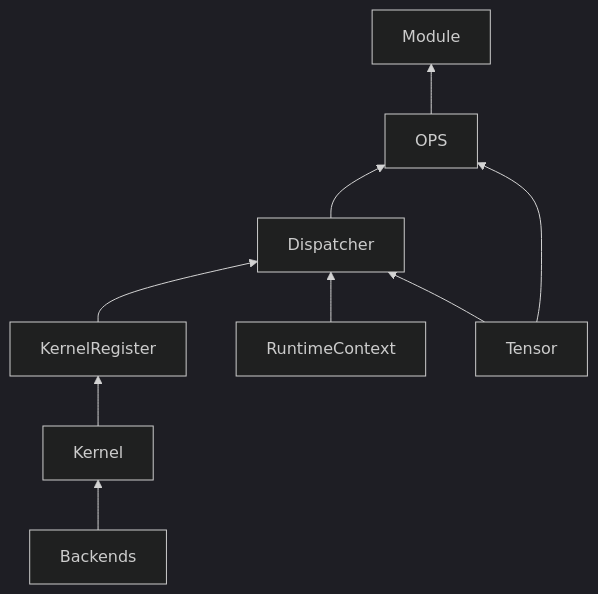
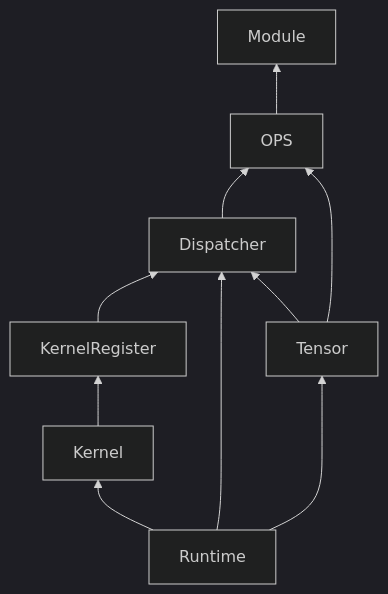
One commit to ishidatakumi/orteaf changed the second of 3 diagrams in docs/developer/design.md. Above: the diagram before and after it, drawn with Mermaid (dark theme). The commit also changed other lines of this file, not shown here.

````diff
--- a/docs/developer/design.md
+++ b/docs/developer/design.md
@@ -86,14 +79,15 @@
 ```mermaid
 graph BT
 
-    Backends --> Kernel
+    Runtime --> Kernel
     Kernel --> KernelRegister
     KernelRegister --> Dispatcher
     Dispatcher --> OPS
 
-    RuntimeContext --> Dispatcher
+    Runtime --> Dispatcher
+    Runtime --> Tensor
     Tensor --> Dispatcher
     Tensor --> OPS
 
     OPS --> Module
 ```
````
